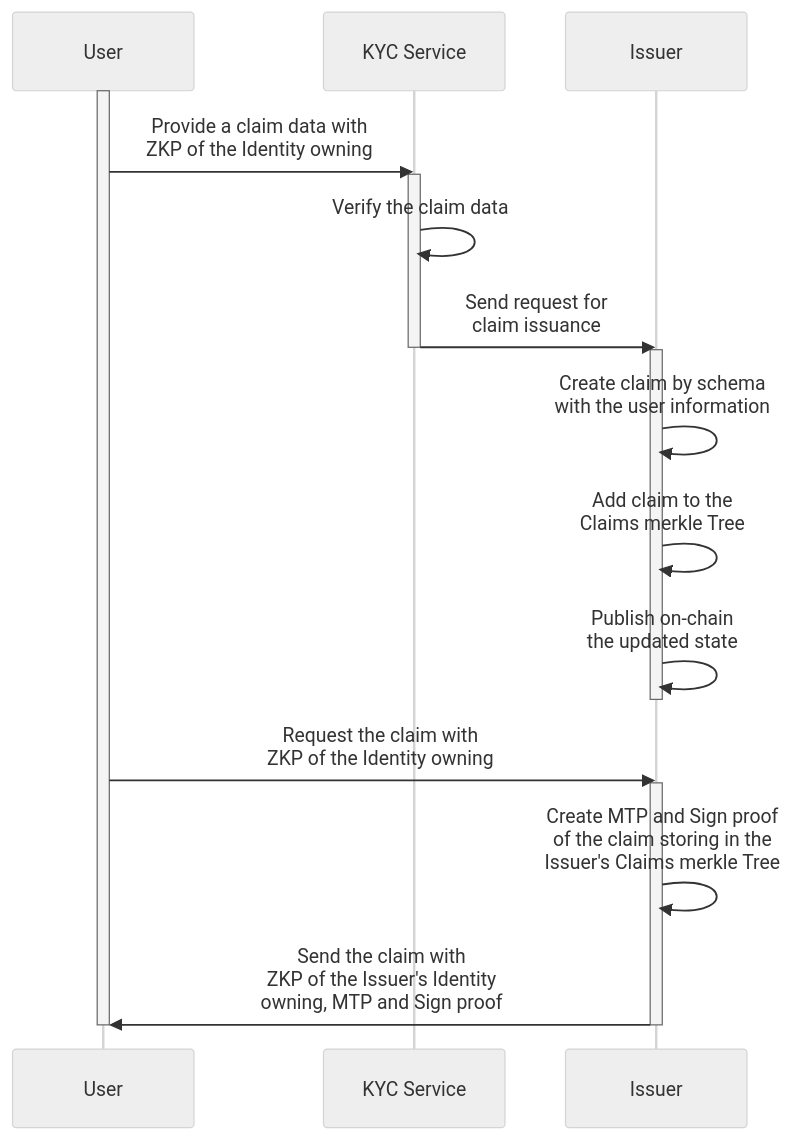
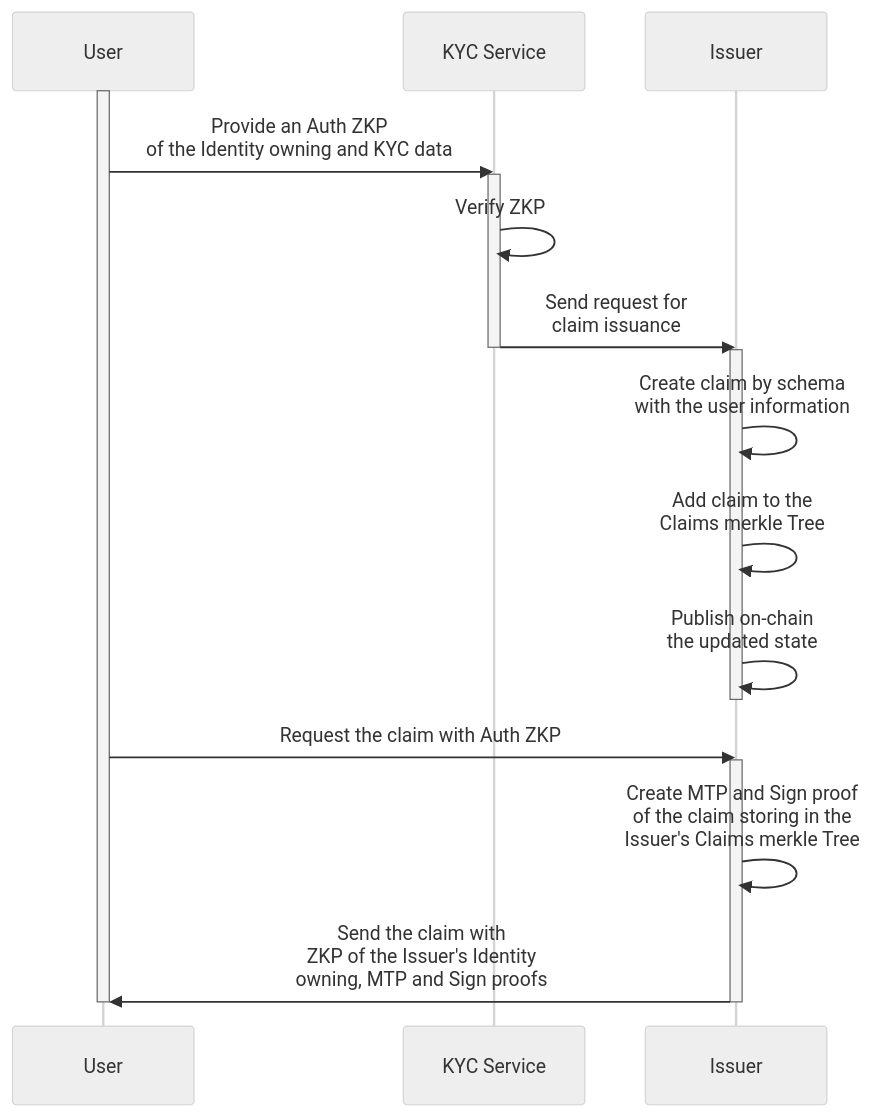
One commit to rarimo/issuer changed the diagram in README.md. Above: the diagram before and after it, drawn with Mermaid (neutral theme). The commit also changed other lines of this file and 14 other files, not shown here.

````diff
--- a/README.md
+++ b/README.md
@@ -141,31 +143,31 @@
 ``` mermaid
 
 sequenceDiagram
     participant User
     participant KYC Service
     participant Issuer
 
     activate User
     
-    User->>KYC Service: Provide a claim data with <br> ZKP of the Identity owning
+    User->>KYC Service: Provide an Auth ZKP <br> of the Identity owning and KYC data
     activate KYC Service
-    KYC Service->>KYC Service: Verify the claim data
+    KYC Service->>KYC Service: Verify ZKP
     KYC Service->>Issuer: Send request for <br> claim issuance
     deactivate KYC Service
     
     activate Issuer
     Issuer->>Issuer: Create claim by schema <br> with the user information
     Issuer->>Issuer: Add claim to the <br> Claims merkle Tree
     Issuer->>Issuer: Publish on-chain <br> the updated state
     deactivate Issuer
     
-    User->>Issuer: Request the claim with <br> ZKP of the Identity owning
+    User->>Issuer: Request the claim with Auth ZKP
     activate Issuer
     Issuer->>Issuer: Create MTP and Sign proof <br> of the claim storing in the <br> Issuer's Claims merkle Tree
-    Issuer->>User: Send the claim with <br> ZKP of the Issuer's Identity <br> owning, MTP and Sign proof
+    Issuer->>User: Send the claim with <br> ZKP of the Issuer's Identity <br> owning, MTP and Sign proofs
     
     deactivate Issuer
    
     deactivate User
     
 ```
````
